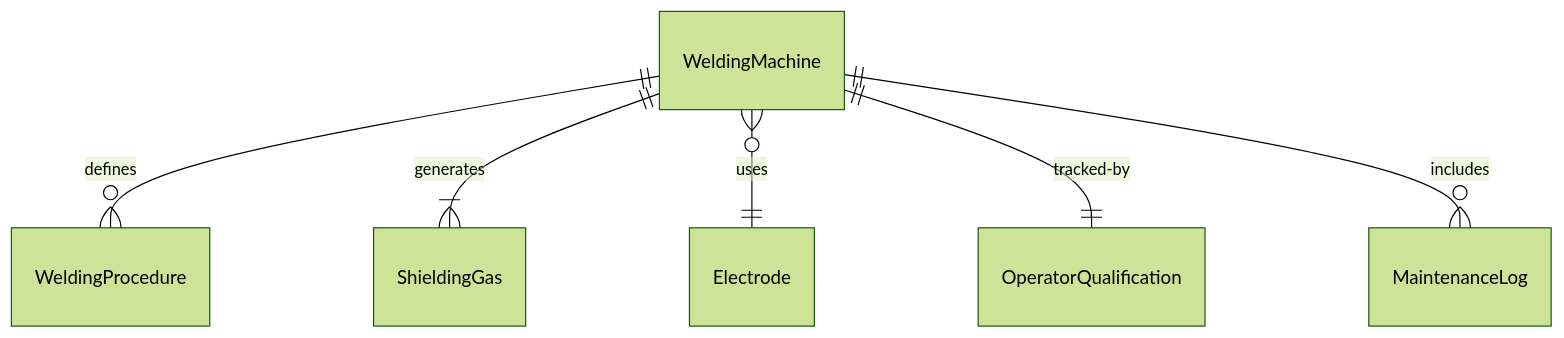
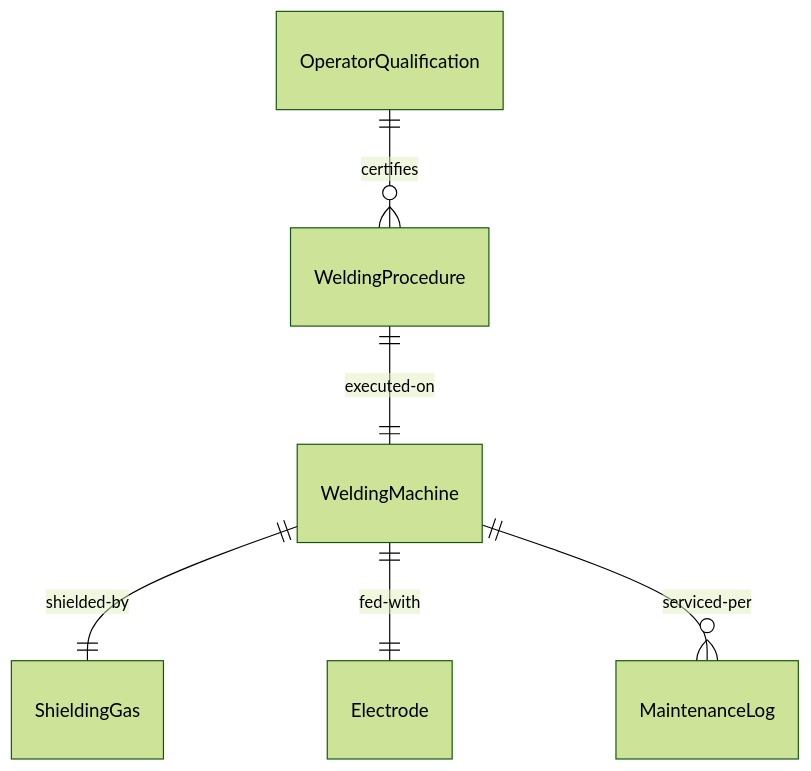
Before and after one commit to dot-org-ai/tasks.org.ai: the first of 4 diagrams in HandlingAndMovingObjects/JoinPartsUsingSolderingWeldingOrBrazingTechniques/OperateWeldingEquipment.mdx, drawn with Mermaid (forest theme). The commit also changed other lines of this file and 515 other files, not shown here.

````diff
--- a/HandlingAndMovingObjects/JoinPartsUsingSolderingWeldingOrBrazingTechniques/OperateWeldingEquipment.mdx
+++ b/HandlingAndMovingObjects/JoinPartsUsingSolderingWeldingOrBrazingTechniques/OperateWeldingEquipment.mdx
@@ -87,8 +87,8 @@
 ```mermaid
 erDiagram
-    WeldingMachine ||--o{ WeldingProcedure : "defines"
-    WeldingMachine ||--|{ ShieldingGas : "generates"
-    WeldingMachine }o--|| Electrode : "uses"
-    WeldingMachine ||--|| OperatorQualification : "tracked-by"
-    WeldingMachine ||--o{ MaintenanceLog : "includes"
+    WeldingProcedure ||--|| WeldingMachine : "executed-on"
+    WeldingMachine ||--|| ShieldingGas : "shielded-by"
+    WeldingMachine ||--|| Electrode : "fed-with"
+    OperatorQualification ||--o{ WeldingProcedure : "certifies"
+    WeldingMachine ||--o{ MaintenanceLog : "serviced-per"
 ```
````
